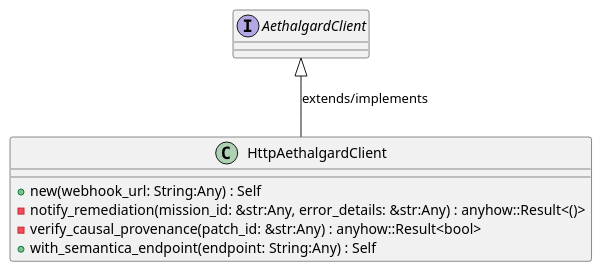
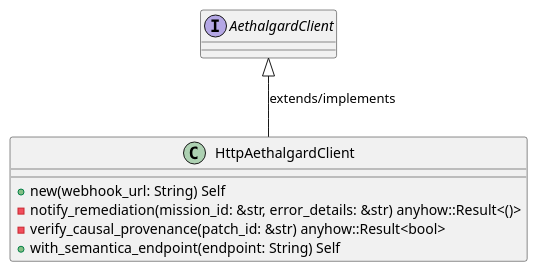
The first of 6 diagrams in openwiki/crates_factory_infrastructure_src_aethalgard.md (lgcorzo/rust_CACD_autonomous_factory), drawn with PlantUML before and after one commit. The commit also changed other lines of this file and 97 other files, not shown here.

First line of the commit message:
Fix Rust AST parsing for method and function parameters, and update OKF UML frontmatter

````diff
--- a/openwiki/crates_factory_infrastructure_src_aethalgard.md
+++ b/openwiki/crates_factory_infrastructure_src_aethalgard.md
@@ -123,14 +128,14 @@
 ```plantuml
 @startuml
 interface AethalgardClient {
 }
 class HttpAethalgardClient {
-    +new(webhook_url: String:Any) : Self
-    -notify_remediation(mission_id: &str:Any, error_details: &str:Any) : anyhow::Result<()>
-    -verify_causal_provenance(patch_id: &str:Any) : anyhow::Result<bool>
-    +with_semantica_endpoint(endpoint: String:Any) : Self
+    +new(webhook_url: String) Self
+    -notify_remediation(mission_id: &str, error_details: &str) anyhow::Result<()>
+    -verify_causal_provenance(patch_id: &str) anyhow::Result<bool>
+    +with_semantica_endpoint(endpoint: String) Self
 }
 AethalgardClient <|-- HttpAethalgardClient : extends/implements
 @enduml
 
 ```
````
